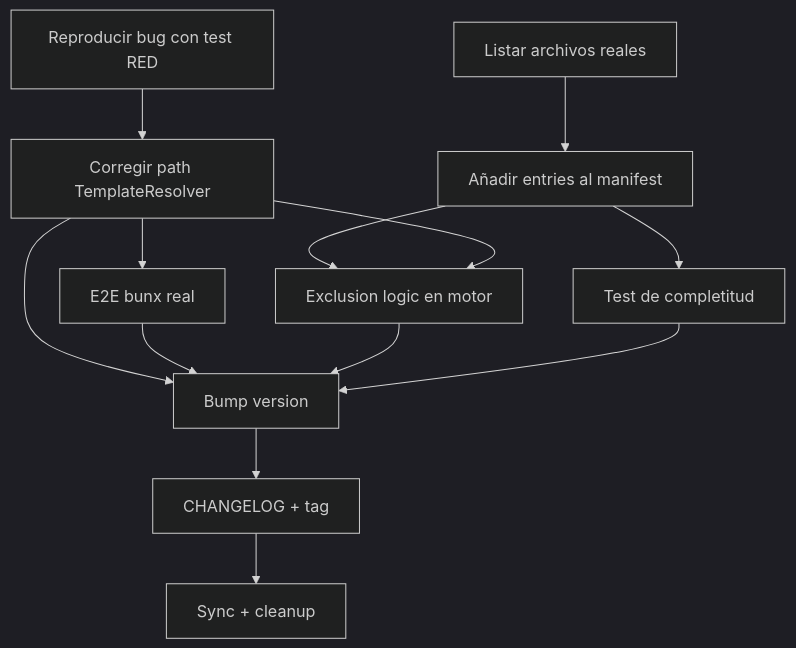
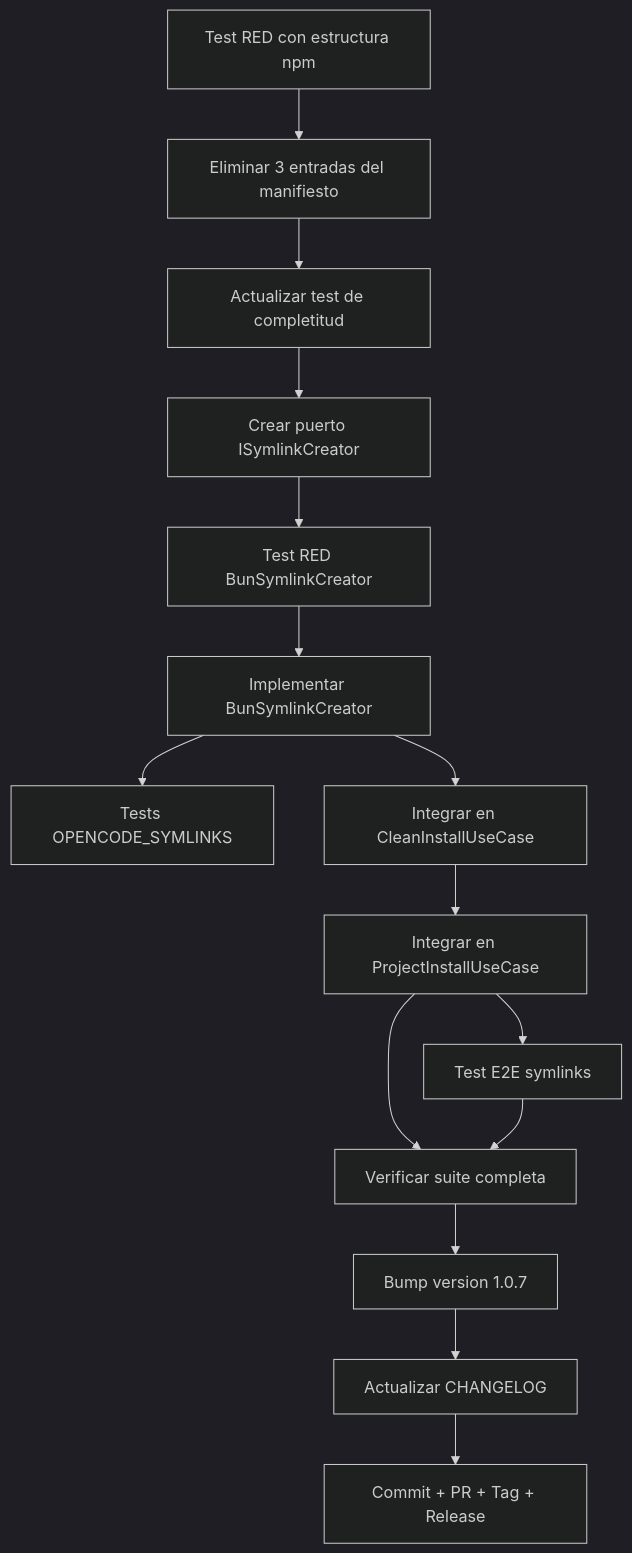
One commit to Fisherk2/codice-opencode changed the diagram in tasks/plan.md. Above: the diagram before and after it, drawn with Mermaid (dark theme). The commit also changed other lines of this file and 33 other files, not shown here.

First line of the commit message:
release: v1.0.7 — Symlink post-install generation + ship review fixes

````diff
--- a/tasks/plan.md
+++ b/tasks/plan.md
@@ -281,15 +427,17 @@
 ```mermaid
 graph TD
-    FEV2-T0[Reproducir bug con test RED] --> FEV2-T1[Corregir path TemplateResolver]
-    FEV2-T3[Listar archivos reales] --> FEV2-T4[Añadir entries al manifest]
-    FEV2-T1 --> FEV2-T2[E2E bunx real]
-    FEV2-T4 --> FEV2-T5[Exclusion logic en motor]
-    FEV2-T1 --> FEV2-T5
-    FEV2-T4 --> FEV2-T6[Test de completitud]
-    FEV2-T1 --> FEV2-T7[Bump version]
-    FEV2-T2 --> FEV2-T7
-    FEV2-T5 --> FEV2-T7
-    FEV2-T6 --> FEV2-T7
-    FEV2-T7 --> FEV2-T8[CHANGELOG + tag]
-    FEV2-T8 --> FEV2-T9[Sync + cleanup]
+    FEV2B-T0[Test RED con estructura npm] --> FEV2B-T1[Eliminar 3 entradas del manifiesto]
+    FEV2B-T1 --> FEV2B-T2[Actualizar test de completitud]
+    FEV2B-T2 --> FEV2B-T3[Crear puerto ISymlinkCreator]
+    FEV2B-T3 --> FEV2B-T4[Test RED BunSymlinkCreator]
+    FEV2B-T4 --> FEV2B-T5[Implementar BunSymlinkCreator]
+    FEV2B-T5 --> FEV2B-T6[Tests OPENCODE_SYMLINKS]
+    FEV2B-T5 --> FEV2B-T7[Integrar en CleanInstallUseCase]
+    FEV2B-T7 --> FEV2B-T8[Integrar en ProjectInstallUseCase]
+    FEV2B-T8 --> FEV2B-T9[Test E2E symlinks]
+    FEV2B-T8 --> FEV2B-T10[Verificar suite completa]
+    FEV2B-T9 --> FEV2B-T10
+    FEV2B-T10 --> FEV2B-T11[Bump version 1.0.7]
+    FEV2B-T11 --> FEV2B-T12[Actualizar CHANGELOG]
+    FEV2B-T12 --> FEV2B-T13[Commit + PR + Tag + Release]
 ```
````
